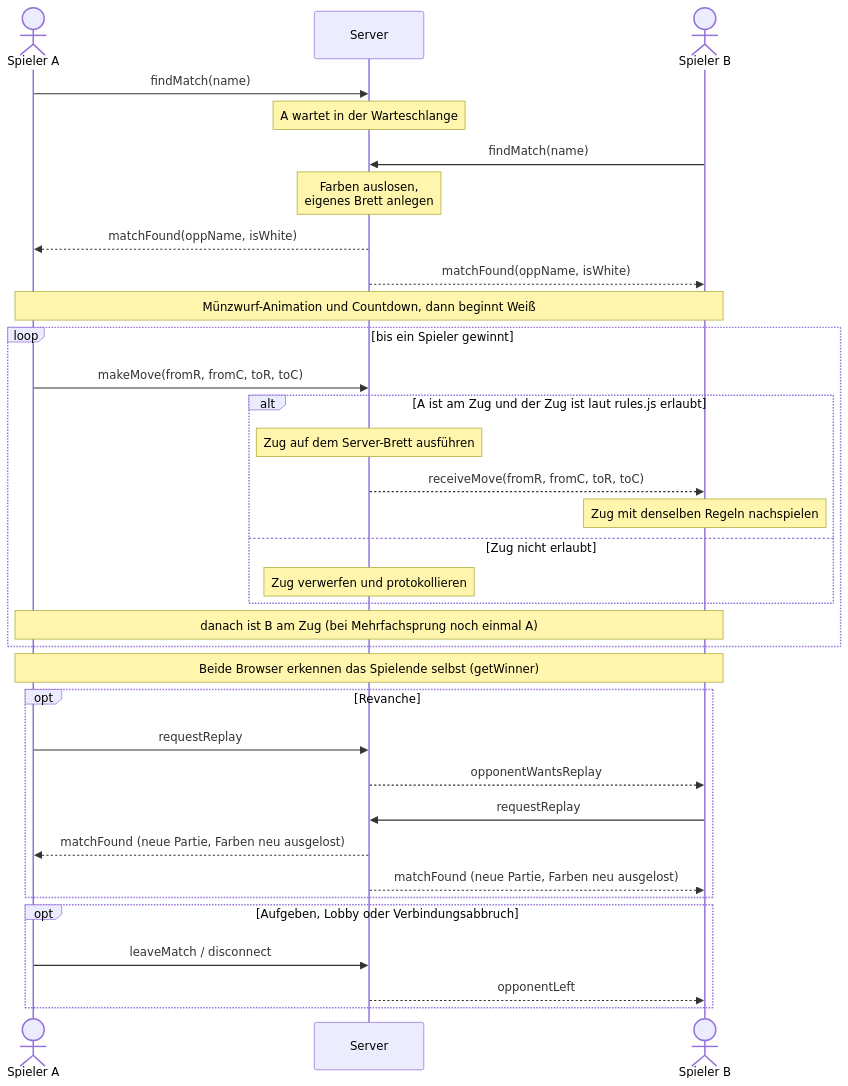
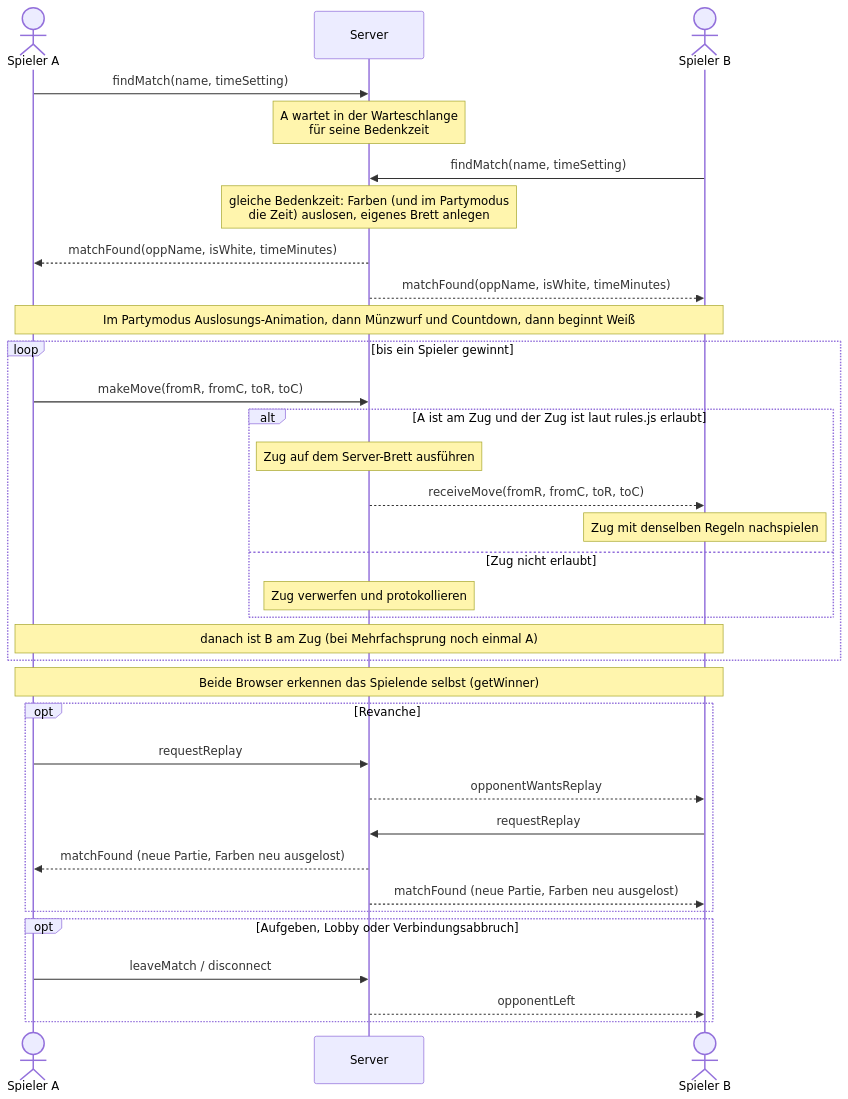
The second of 2 diagrams in README.md (flofries00/WebProgDHBWDame), drawn with Mermaid before and after one commit. The commit also changed other lines of this file and 8 other files, not shown here.

Commit message:
Bedenkzeit wählbar (1/3/5/10 min, Partymodus), eigene Warteschlange pro Zeit, Absturz bei Verbindungsabbruch behoben

````diff
--- a/README.md
+++ b/README.md
@@ -123,40 +124,40 @@
 ```mermaid
 sequenceDiagram
     actor A as Spieler A
     participant S as Server
     actor B as Spieler B
 
-    A->>S: findMatch(name)
-    Note over S: A wartet in der Warteschlange
-    B->>S: findMatch(name)
-    Note over S: Farben auslosen,<br/>eigenes Brett anlegen
-    S-->>A: matchFound(oppName, isWhite)
-    S-->>B: matchFound(oppName, isWhite)
-    Note over A,B: Münzwurf-Animation und Countdown, dann beginnt Weiß
+    A->>S: findMatch(name, timeSetting)
+    Note over S: A wartet in der Warteschlange<br/>für seine Bedenkzeit
+    B->>S: findMatch(name, timeSetting)
+    Note over S: gleiche Bedenkzeit: Farben (und im Partymodus<br/>die Zeit) auslosen, eigenes Brett anlegen
+    S-->>A: matchFound(oppName, isWhite, timeMinutes)
+    S-->>B: matchFound(oppName, isWhite, timeMinutes)
+    Note over A,B: Im Partymodus Auslosungs-Animation, dann Münzwurf und Countdown, dann beginnt Weiß
 
     loop bis ein Spieler gewinnt
         A->>S: makeMove(fromR, fromC, toR, toC)
         alt A ist am Zug und der Zug ist laut rules.js erlaubt
             Note over S: Zug auf dem Server-Brett ausführen
             S-->>B: receiveMove(fromR, fromC, toR, toC)
             Note over B: Zug mit denselben Regeln nachspielen
         else Zug nicht erlaubt
             Note over S: Zug verwerfen und protokollieren
         end
         Note over A,B: danach ist B am Zug (bei Mehrfachsprung noch einmal A)
     end
     Note over A,B: Beide Browser erkennen das Spielende selbst (getWinner)
 
     opt Revanche
         A->>S: requestReplay
         S-->>B: opponentWantsReplay
         B->>S: requestReplay
         S-->>A: matchFound (neue Partie, Farben neu ausgelost)
         S-->>B: matchFound (neue Partie, Farben neu ausgelost)
     end
 
     opt Aufgeben, Lobby oder Verbindungsabbruch
         A->>S: leaveMatch / disconnect
         S-->>B: opponentLeft
     end
 ```
````
